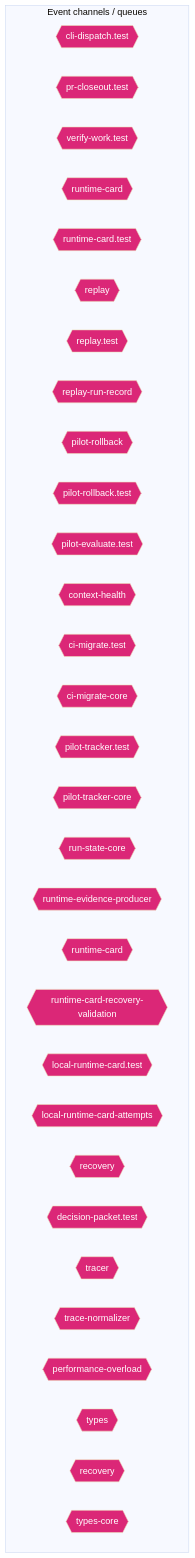
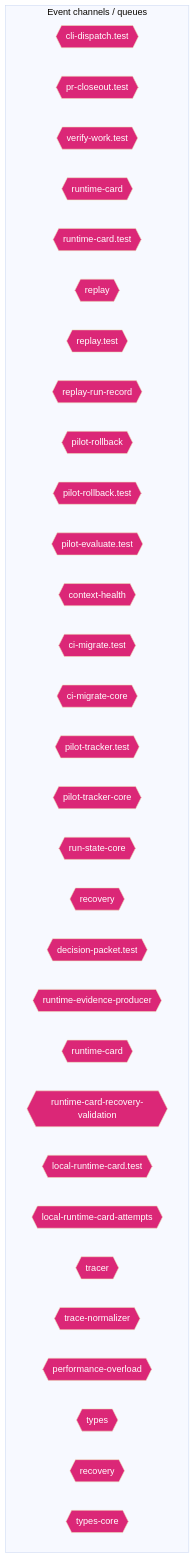
Before and after one commit to jscraik/coding-harness: the ninth of 14 diagrams in AI/context/diagram-context.md, drawn with Mermaid (base theme). The commit also changed other lines of this file and 15 other files, not shown here.

First line of the commit message:
refactor(cli): split replay command adapter

````diff
--- a/AI/context/diagram-context.md
+++ b/AI/context/diagram-context.md
@@ -1831,38 +1832,38 @@
 ```mermaid
 flowchart TD
   subgraph Channels["Event channels / queues"]
     cli_dispatch_test_54c9f17b{{"cli-dispatch.test"}}
     pr_closeout_test_12a1ffdd{{"pr-closeout.test"}}
     verify_work_test_0e12f6c5{{"verify-work.test"}}
     runtime_card_e06b53e1{{"runtime-card"}}
     runtime_card_test_af812837{{"runtime-card.test"}}
     replay_ac203c98{{"replay"}}
     replay_test_935f7436{{"replay.test"}}
     replay_run_record_9a08cce2{{"replay-run-record"}}
     pilot_rollback_00c1f82c{{"pilot-rollback"}}
     pilot_rollback_test_e61d5a2b{{"pilot-rollback.test"}}
     pilot_evaluate_test_a2ac06fc{{"pilot-evaluate.test"}}
     context_health_80bb7da9{{"context-health"}}
     ci_migrate_test_2a015bb9{{"ci-migrate.test"}}
     ci_migrate_core_7005b5af{{"ci-migrate-core"}}
     pilot_tracker_test_80398a66{{"pilot-tracker.test"}}
     pilot_tracker_core_80d8ac96{{"pilot-tracker-core"}}
     run_state_core_25a955bc{{"run-state-core"}}
+    recovery_8c585378{{"recovery"}}
+    decision_packet_test_9ea0e97b{{"decision-packet.test"}}
     runtime_evidence_producer_ea388cb5{{"runtime-evidence-producer"}}
     runtime_card_1_465a49d2{{"runtime-card"}}
     runtime_card_recovery_validation_e216d883{{"runtime-card-recovery-validation"}}
     local_runtime_card_test_b508222b{{"local-runtime-card.test"}}
     local_runtime_card_attempts_28aa46ea{{"local-runtime-card-attempts"}}
-    recovery_8c585378{{"recovery"}}
-    decision_packet_test_9ea0e97b{{"decision-packet.test"}}
     tracer_1e6243a2{{"tracer"}}
     trace_normalizer_cb1be1d2{{"trace-normalizer"}}
     performance_overload_c685bfcf{{"performance-overload"}}
     types_8_f6283648{{"types"}}
     recovery_1_4d1804ab{{"recovery"}}
     types_core_e405ddca{{"types-core"}}
   end
   classDef eventNode fill:#db2777,color:#fff
-  class cli_dispatch_test_54c9f17b,pr_closeout_test_12a1ffdd,verify_work_test_0e12f6c5,runtime_card_e06b53e1,runtime_card_test_af812837,replay_ac203c98,replay_test_935f7436,replay_run_record_9a08cce2,pilot_rollback_00c1f82c,pilot_rollback_test_e61d5a2b,pilot_evaluate_test_a2ac06fc,context_health_80bb7da9,ci_migrate_test_2a015bb9,ci_migrate_core_7005b5af,pilot_tracker_test_80398a66,pilot_tracker_core_80d8ac96,run_state_core_25a955bc,runtime_evidence_producer_ea388cb5,runtime_card_1_465a49d2,runtime_card_recovery_validation_e216d883,local_runtime_card_test_b508222b,local_runtime_card_attempts_28aa46ea,recovery_8c585378,decision_packet_test_9ea0e97b,tracer_1e6243a2,trace_normalizer_cb1be1d2,performance_overload_c685bfcf,types_8_f6283648,recovery_1_4d1804ab,types_core_e405ddca eventNode
+  class cli_dispatch_test_54c9f17b,pr_closeout_test_12a1ffdd,verify_work_test_0e12f6c5,runtime_card_e06b53e1,runtime_card_test_af812837,replay_ac203c98,replay_test_935f7436,replay_run_record_9a08cce2,pilot_rollback_00c1f82c,pilot_rollback_test_e61d5a2b,pilot_evaluate_test_a2ac06fc,context_health_80bb7da9,ci_migrate_test_2a015bb9,ci_migrate_core_7005b5af,pilot_tracker_test_80398a66,pilot_tracker_core_80d8ac96,run_state_core_25a955bc,recovery_8c585378,decision_packet_test_9ea0e97b,runtime_evidence_producer_ea388cb5,runtime_card_1_465a49d2,runtime_card_recovery_validation_e216d883,local_runtime_card_test_b508222b,local_runtime_card_attempts_28aa46ea,tracer_1e6243a2,trace_normalizer_cb1be1d2,performance_overload_c685bfcf,types_8_f6283648,recovery_1_4d1804ab,types_core_e405ddca eventNode
 
 ```
````
